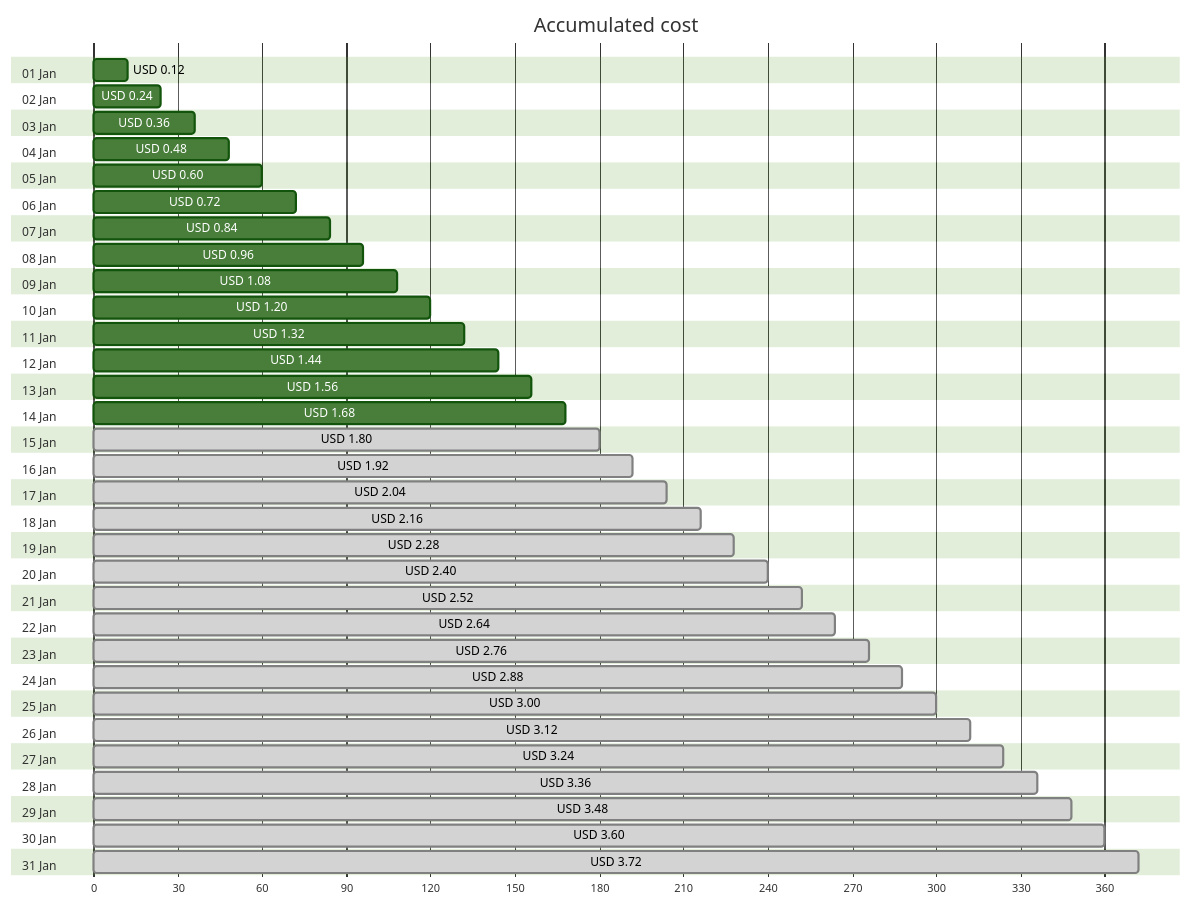
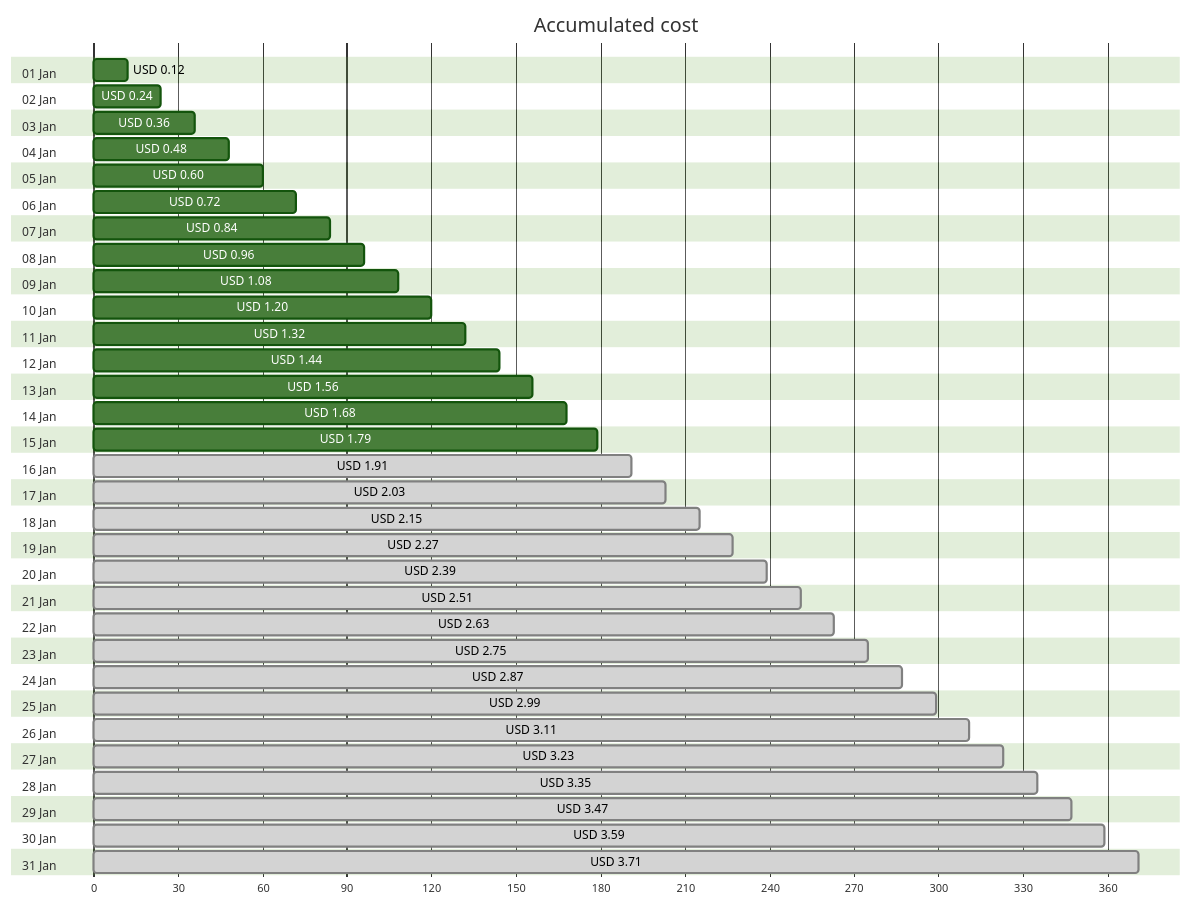
One commit to jpfulton/azure-personal-reports changed the first of 4 diagrams in cost-reports/personal-network/backup-server-public-ip.md. Above: the diagram before and after it, drawn with Mermaid (forest theme). The commit also changed other lines of this file and 8 other files, not shown here.

````diff
--- a/cost-reports/personal-network/backup-server-public-ip.md
+++ b/cost-reports/personal-network/backup-server-public-ip.md
@@ -20,68 +20,68 @@
 ```mermaid
 gantt
    title Accumulated cost
    dateFormat  X
    axisFormat %s
    section 01 Jan
    USD 0.12 :0, 12
    section 02 Jan
    USD 0.24 :0, 24
    section 03 Jan
    USD 0.36 :0, 36
    section 04 Jan
    USD 0.48 :0, 48
    section 05 Jan
    USD 0.60 :0, 60
    section 06 Jan
    USD 0.72 :0, 72
    section 07 Jan
    USD 0.84 :0, 84
    section 08 Jan
    USD 0.96 :0, 96
    section 09 Jan
    USD 1.08 :0, 108
    section 10 Jan
    USD 1.20 :0, 120
    section 11 Jan
    USD 1.32 :0, 132
    section 12 Jan
    USD 1.44 :0, 144
    section 13 Jan
    USD 1.56 :0, 156
    section 14 Jan
    USD 1.68 :0, 168
    section 15 Jan
-   USD 1.80 : done, 0, 180
+   USD 1.79 :0, 179
    section 16 Jan
-   USD 1.92 : done, 0, 192
+   USD 1.91 : done, 0, 191
    section 17 Jan
-   USD 2.04 : done, 0, 204
+   USD 2.03 : done, 0, 203
    section 18 Jan
-   USD 2.16 : done, 0, 216
+   USD 2.15 : done, 0, 215
    section 19 Jan
-   USD 2.28 : done, 0, 228
+   USD 2.27 : done, 0, 227
    section 20 Jan
-   USD 2.40 : done, 0, 240
+   USD 2.39 : done, 0, 239
    section 21 Jan
-   USD 2.52 : done, 0, 252
+   USD 2.51 : done, 0, 251
    section 22 Jan
-   USD 2.64 : done, 0, 264
+   USD 2.63 : done, 0, 263
    section 23 Jan
-   USD 2.76 : done, 0, 276
+   USD 2.75 : done, 0, 275
    section 24 Jan
-   USD 2.88 : done, 0, 288
+   USD 2.87 : done, 0, 287
    section 25 Jan
-   USD 3.00 : done, 0, 300
+   USD 2.99 : done, 0, 299
    section 26 Jan
-   USD 3.12 : done, 0, 312
+   USD 3.11 : done, 0, 311
    section 27 Jan
-   USD 3.24 : done, 0, 324
+   USD 3.23 : done, 0, 323
    section 28 Jan
-   USD 3.36 : done, 0, 336
+   USD 3.35 : done, 0, 335
    section 29 Jan
-   USD 3.48 : done, 0, 348
+   USD 3.47 : done, 0, 347
    section 30 Jan
-   USD 3.60 : done, 0, 360
+   USD 3.59 : done, 0, 359
    section 31 Jan
-   USD 3.72 : done, 0, 372
+   USD 3.71 : done, 0, 371
 ```
````
